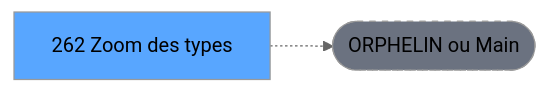
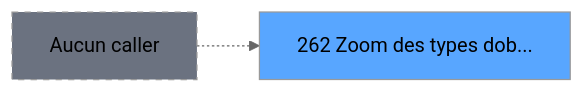
The second of 3 diagrams in .openspec/specs/ADH-IDE-262.md (thonyAGP/magic-migration), drawn with Mermaid (neutral theme) before and after one commit. The commit also changed other lines of this file and 493 other files, not shown here.

````diff
--- a/.openspec/specs/ADH-IDE-262.md
+++ b/.openspec/specs/ADH-IDE-262.md
@@ -121,8 +172,8 @@
 ```mermaid
 graph LR
-    T[262 Zoom  des types]
-    ORPHAN([ORPHELIN ou Main])
-    T -.-> ORPHAN
-    style T fill:#58a6ff,color:#000
-    style ORPHAN fill:#6b7280,stroke-dasharray: 5 5
+    T262[262 Zoom des types dob...]
+    style T262 fill:#58a6ff
+    NONE[Aucun caller]
+    NONE -.-> T262
+    style NONE fill:#6b7280,stroke-dasharray: 5 5
 ```
````
